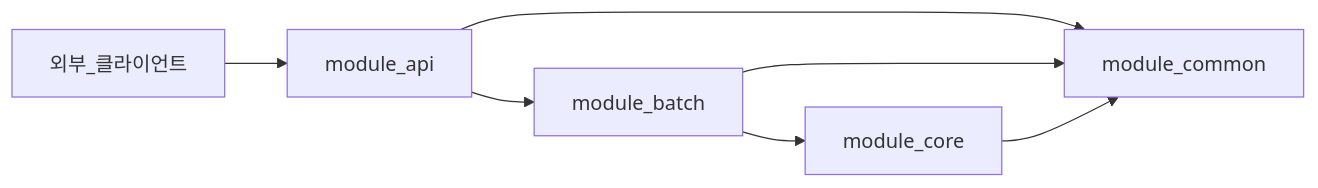
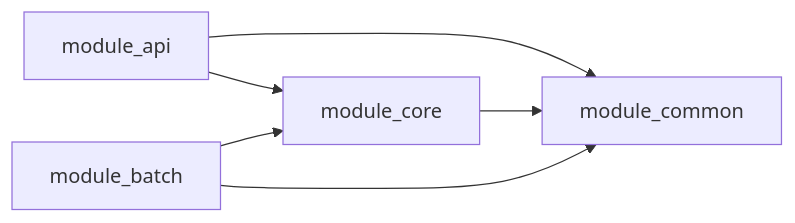
Before and after one commit to bottle-note/bottle-note-batch-server: the diagram in README.md, drawn with Mermaid. The commit also changed other lines of this file and 26 other files, not shown here.

````diff
--- a/README.md
+++ b/README.md
@@ -9,9 +9,8 @@
 ```mermaid
 flowchart LR
-    A[외부_클라이언트] --> B[module_api]
-    B --> C[module_batch]
-    C --> D[module_core]
+    B[module_api] --> D[module_core]
     B --> E[module_common]
-    C --> E[module_common]
-    D --> E[module_common]
+    D --> E
+    C[module_batch] --> D
+    C --> E
 ```
````
